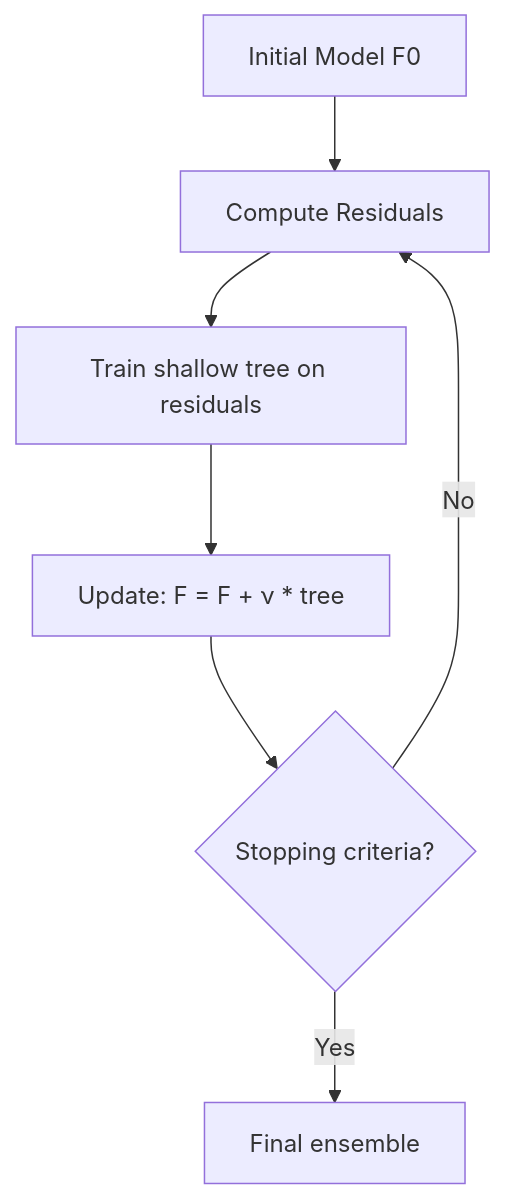
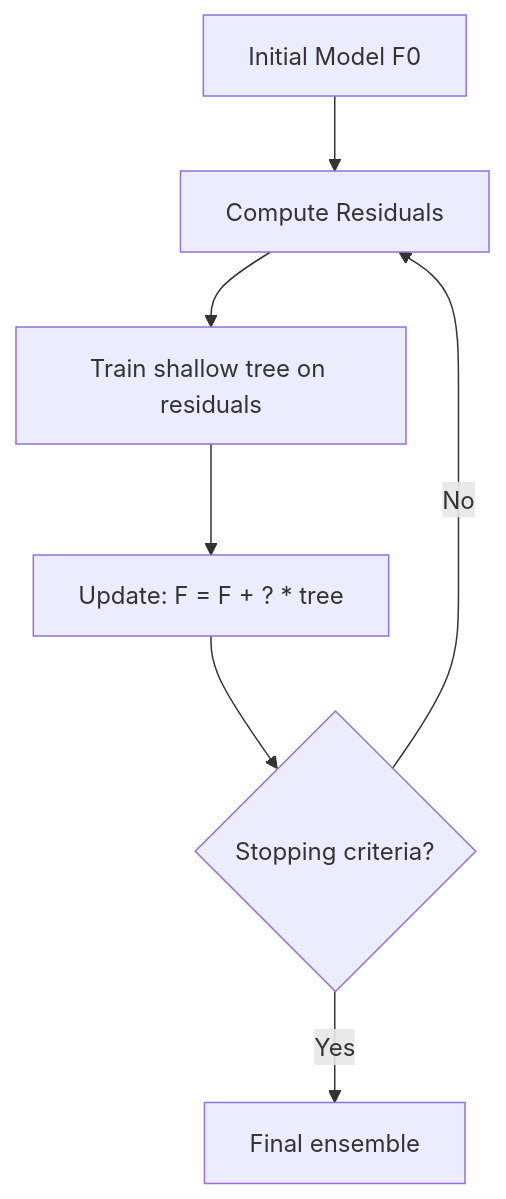
The third of 3 diagrams in docs/courses/machine-learning/05-ensemble-methods.md (Raushan666java/ai-engineering-journey), drawn with Mermaid before and after one commit. The commit also changed other lines of this file and 790 other files, not shown here.

Commit message:
Sync all course diagram renders and content updates

````diff
--- a/docs/courses/machine-learning/05-ensemble-methods.md
+++ b/docs/courses/machine-learning/05-ensemble-methods.md
@@ -200,9 +200,9 @@
 ```mermaid
 flowchart TD
     A[Initial Model F0] --> B[Compute Residuals]
     B --> C[Train shallow tree on residuals]
-    C --> D[Update: F = F + ν * tree]
+    C --> D[Update: F = F + ? * tree]
     D --> E{Stopping criteria?}
     E -->|No| B
     E -->|Yes| F[Final ensemble]
 ```
````
